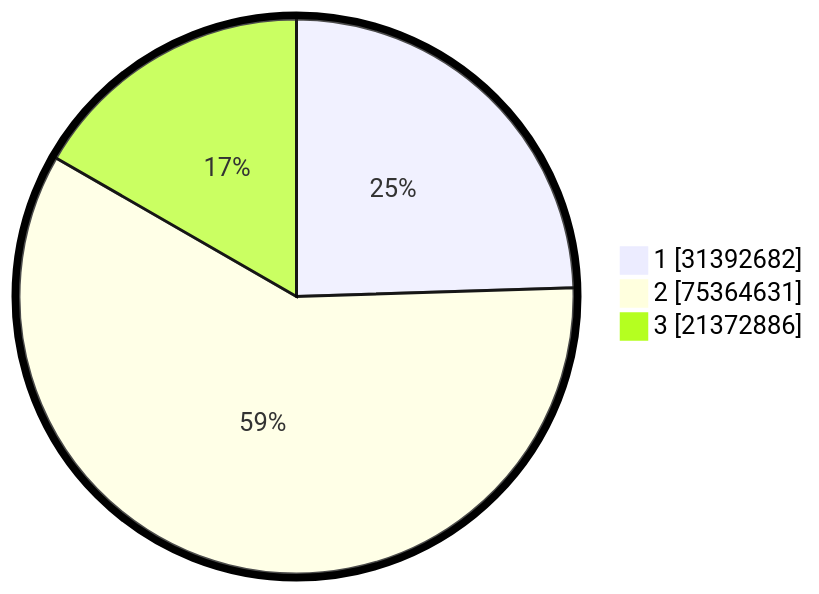
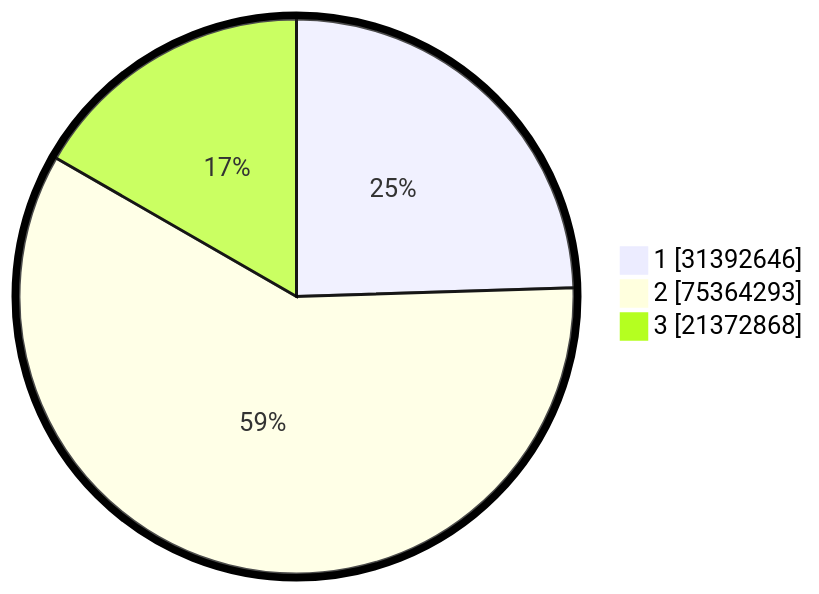
The second of 2 diagrams in pilpres/hitung-suara/README.md (gigit-pemilu/pemilu-2024), drawn with Mermaid before and after one commit. The commit also changed other lines of this file and 8 other files, not shown here.

````diff
--- a/pilpres/hitung-suara/README.md
+++ b/pilpres/hitung-suara/README.md
@@ -93,7 +93,7 @@
 ```mermaid
 %%{init: {"pie": {"textPosition": 0.5}, "themeVariables": {"pieOuterStrokeWidth": "5px"}} }%%
 pie showData
-    "1" : 31392682
-    "2" : 75364631
-    "3" : 21372886
+    "1" : 31392646
+    "2" : 75364293
+    "3" : 21372868
 ```
````
